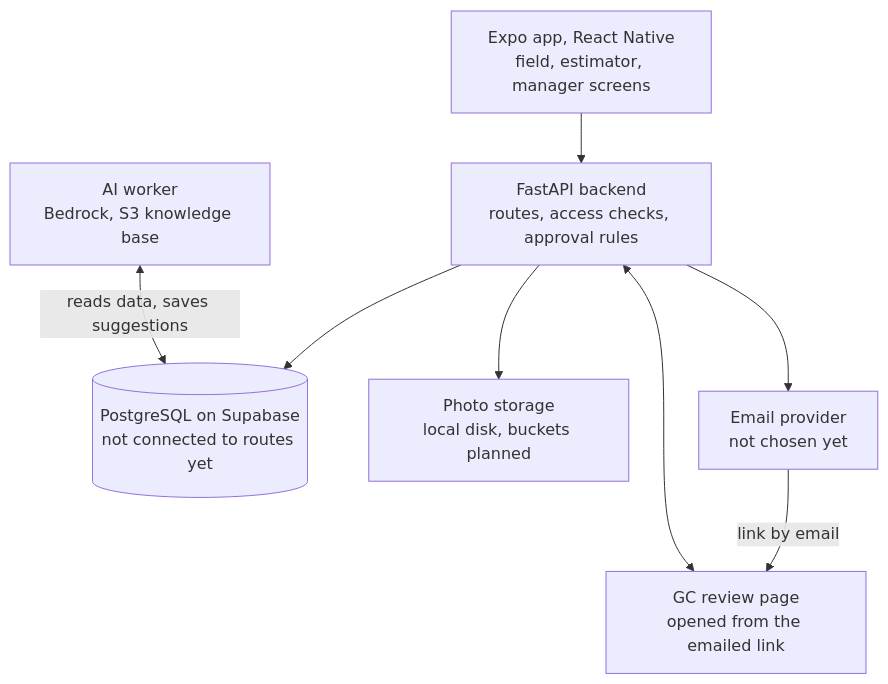
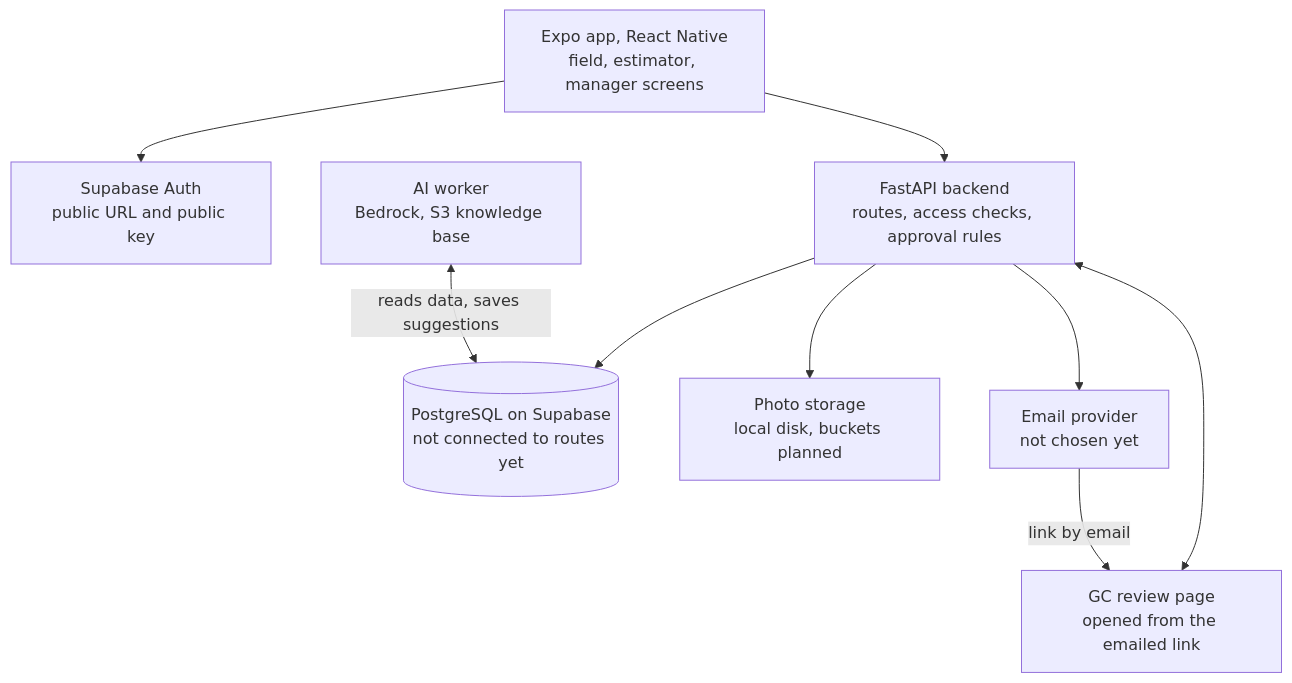
One commit to Avensky/ChangeOrder changed the second of 3 diagrams in SPECIFICATIONS-v0.2.MD. Above: the diagram before and after it, drawn with Mermaid. The commit also changed other lines of this file, not shown here.

````diff
--- a/SPECIFICATIONS-v0.2.MD
+++ b/SPECIFICATIONS-v0.2.MD
@@ -61,17 +64,19 @@
 ```mermaid
 flowchart TB
   Expo[Expo app, React Native<br/>field, estimator, manager screens]
   GCPage[GC review page<br/>opened from the emailed link]
   API[FastAPI backend<br/>routes, access checks, approval rules]
   DB[(PostgreSQL on Supabase<br/>not connected to routes yet)]
   Photos[Photo storage<br/>local disk, buckets planned]
   Mail[Email provider<br/>not chosen yet]
   AI[AI worker<br/>Bedrock, S3 knowledge base]
+  Auth[Supabase Auth<br/>public URL and public key]
+  Expo --> Auth
   Expo --> API
   GCPage <--> API
   API --> DB
   API --> Photos
   API --> Mail
   Mail -- link by email --> GCPage
   AI <-- reads data, saves suggestions --> DB
 ```
````
